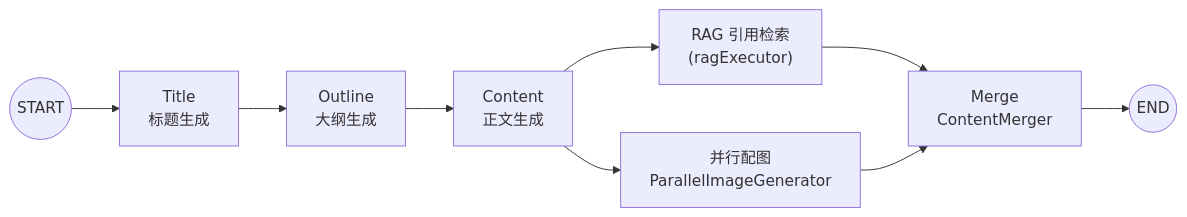
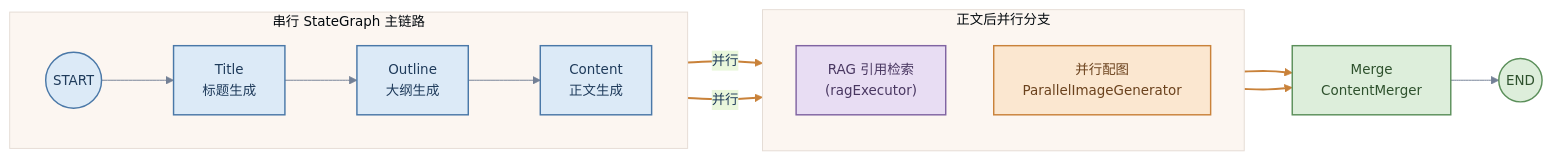
Before and after one commit to 1byteone/interview-note: the first of 4 diagrams in 4-interview/projects/ai-passage-creator/项目速记卡.md, drawn with Mermaid. The commit also changed other lines of this file and 5 other files, not shown here.

First line of the commit message:
style(mermaid): 统一 Mermaid 专业样式体系与语义规范

````diff
--- a/4-interview/projects/ai-passage-creator/项目速记卡.md
+++ b/4-interview/projects/ai-passage-creator/项目速记卡.md
@@ -112,11 +112,30 @@
 ```mermaid
+%%{init: {"theme":"base","fontFamily":"Arial, Microsoft YaHei, sans-serif","fontSize":14,"themeVariables":{"fontFamily":"Arial, Microsoft YaHei, sans-serif","fontSize":"14px","primaryColor":"#DCEAF7","primaryTextColor":"#1F3B5B","primaryBorderColor":"#4A78A8","lineColor":"#738096"}}}%%
 flowchart LR
-    START((START)) --> Title[Title<br/>标题生成]
-    Title --> Outline[Outline<br/>大纲生成]
-    Outline --> Content[Content<br/>正文生成]
-    Content --> RAG["RAG 引用检索<br/>(ragExecutor)"]
-    Content --> Image["并行配图<br/>ParallelImageGenerator"]
-    RAG --> Merge[Merge<br/>ContentMerger]
+    classDef coreWorkflow fill:#DCEAF7,stroke:#4A78A8,color:#1F3B5B,stroke-width:1.5px
+    classDef asyncSse fill:#FBE7D0,stroke:#C9823A,color:#6B421D,stroke-width:1.5px
+    classDef stateData fill:#E8DDF3,stroke:#8064A2,color:#493761,stroke-width:1.5px
+    classDef success fill:#DDEEDB,stroke:#5B8F5A,color:#2E512D,stroke-width:1.5px
+    classDef failure fill:#F6DADA,stroke:#B85C5C,color:#6B2E2E,stroke-width:1.5px
+    classDef external fill:#E5E7EB,stroke:#7A7F87,color:#34383D,stroke-width:1.5px
+
+    subgraph SERIAL["串行 StateGraph 主链路"]
+        direction LR
+        START((START)):::coreWorkflow --> Title[Title<br/>标题生成]:::coreWorkflow
+        Title --> Outline[Outline<br/>大纲生成]:::coreWorkflow
+        Outline --> Content[Content<br/>正文生成]:::coreWorkflow
+    end
+
+    subgraph PARALLEL["正文后并行分支"]
+        direction TB
+        RAG["RAG 引用检索<br/>(ragExecutor)"]:::stateData
+        Image["并行配图<br/>ParallelImageGenerator"]:::asyncSse
+    end
+
+    Content -->|并行| RAG
+    Content -->|并行| Image
+    RAG --> Merge[Merge<br/>ContentMerger]:::success
     Image --> Merge
-    Merge --> END((END))
+    Merge --> END((END)):::success
+    linkStyle 3,4,5,6 stroke:#C9823A,stroke-width:2px
 ```
````
